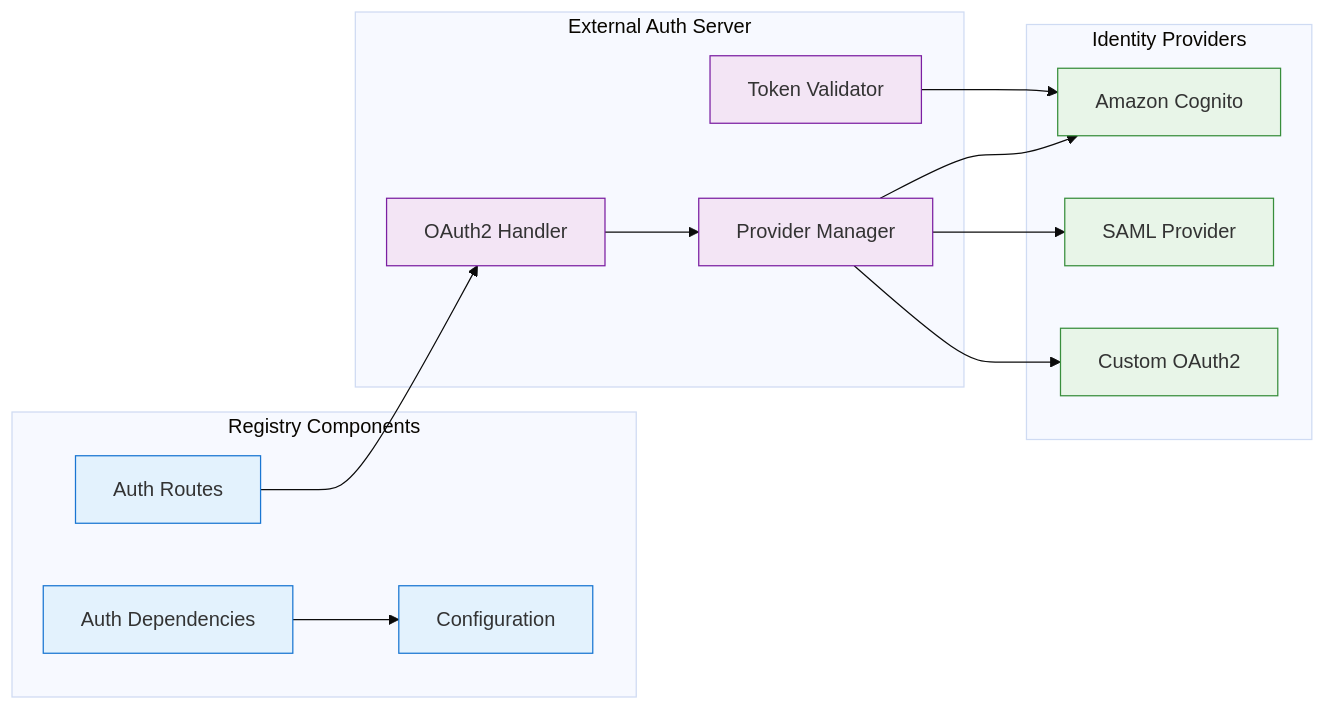
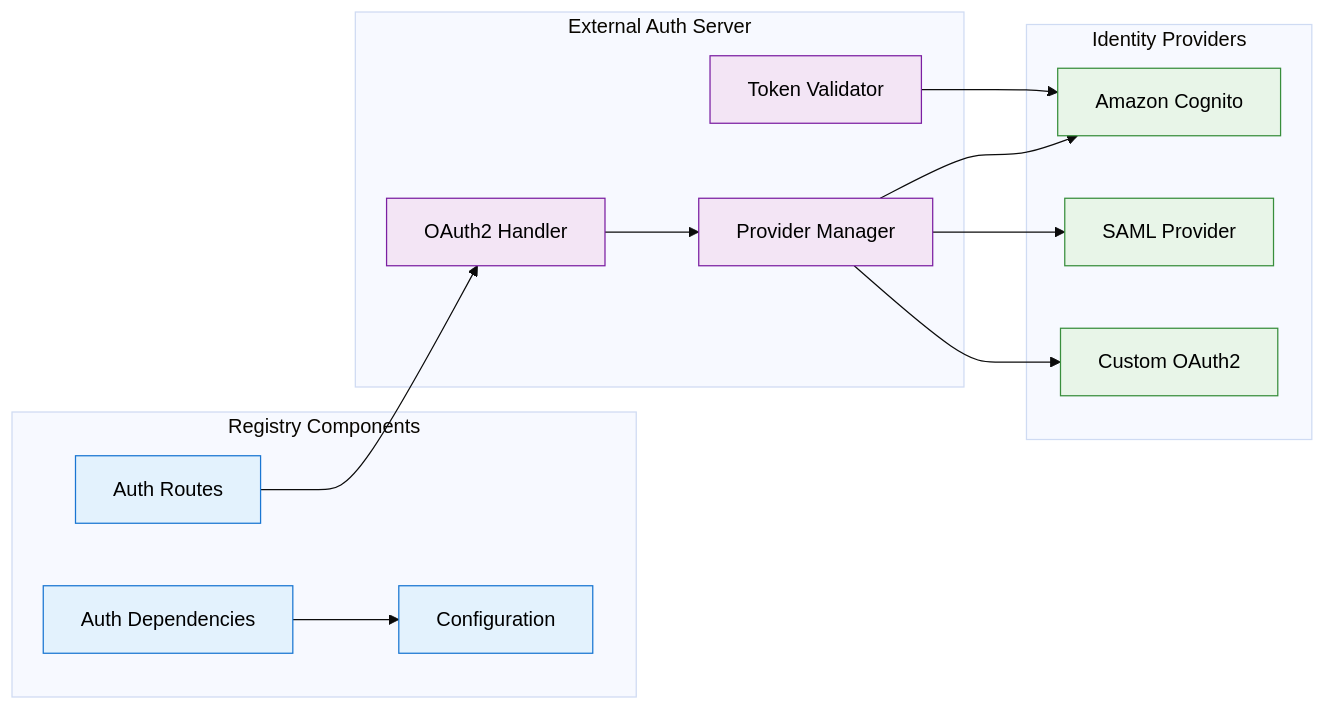
Before and after one commit to jrmatherly/mcp-registry-gateway: the seventh of 7 diagrams in docs/registry-auth-architecture.md, drawn with Mermaid (base theme). The commit also changed other lines of this file and 3 other files, not shown here.

First line of the commit message:
``` docs: add explicit black text color to all Mermaid diagram styles for dark mode compatibility

````diff
--- a/docs/registry-auth-architecture.md
+++ b/docs/registry-auth-architecture.md
@@ -615,36 +615,36 @@
 ```mermaid
 graph LR
     subgraph "Registry Components"
         AuthRoutes[Auth Routes]
         AuthDeps[Auth Dependencies]
         Config[Configuration]
     end
 
     subgraph "External Auth Server"
         OAuth2Handler[OAuth2 Handler]
         ProviderManager[Provider Manager]
         TokenValidator[Token Validator]
     end
 
     subgraph "Identity Providers"
         Cognito[Amazon Cognito]
         SAML[SAML Provider]
         Custom[Custom OAuth2]
     end
 
     AuthRoutes --> OAuth2Handler
     AuthDeps --> Config
     OAuth2Handler --> ProviderManager
     ProviderManager --> Cognito
     ProviderManager --> SAML
     ProviderManager --> Custom
     TokenValidator --> Cognito
 
-    classDef registry fill:#e3f2fd,stroke:#1976d2
-    classDef auth fill:#f3e5f5,stroke:#7b1fa2
-    classDef provider fill:#e8f5e8,stroke:#388e3c
+    classDef registry fill:#e3f2fd,stroke:#1976d2,color:#000
+    classDef auth fill:#f3e5f5,stroke:#7b1fa2,color:#000
+    classDef provider fill:#e8f5e8,stroke:#388e3c,color:#000
 
     class AuthRoutes,AuthDeps,Config registry
     class OAuth2Handler,ProviderManager,TokenValidator auth
     class Cognito,SAML,Custom provider
 ```
````
